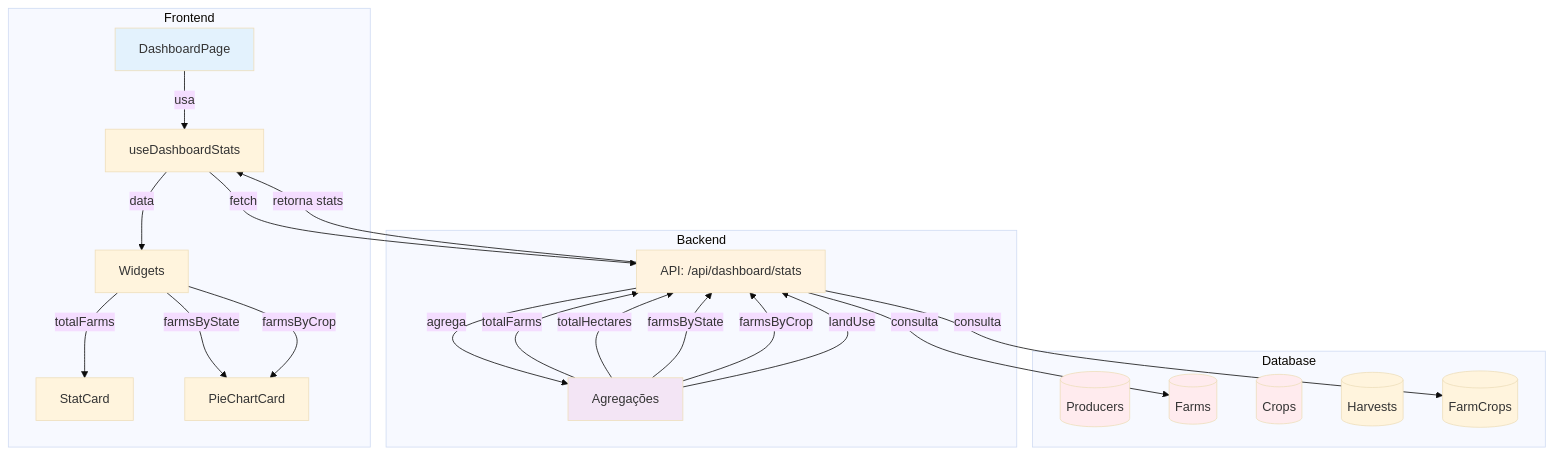
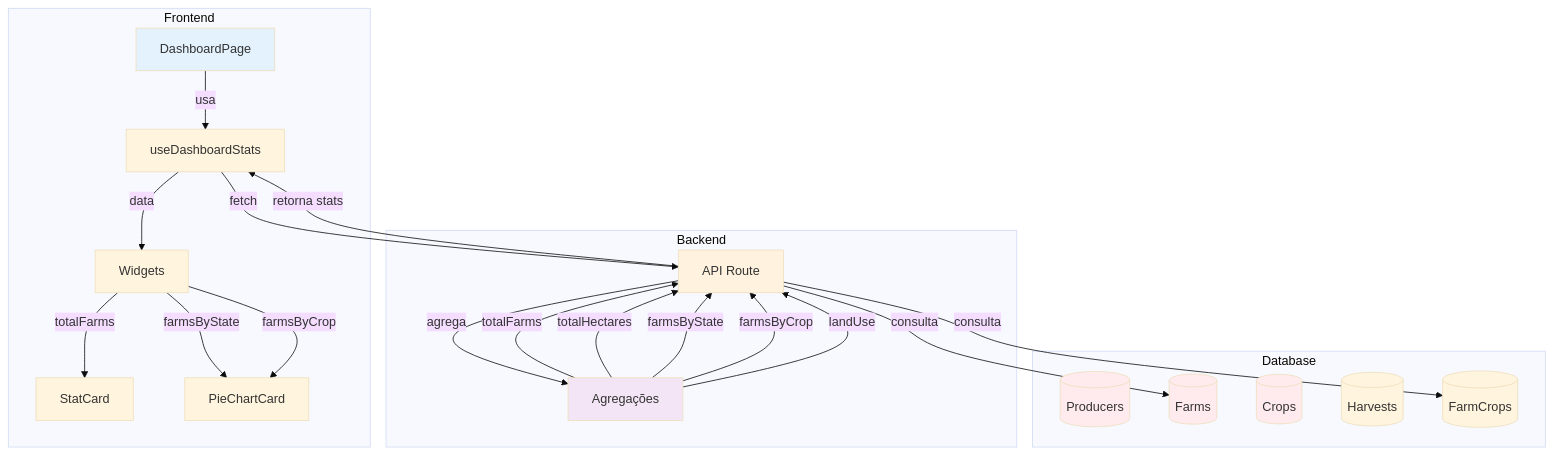
The fifth of 14 diagrams in docs/diagrams.md (Fioravante1/brain-agriculture), drawn with Mermaid (base theme) before and after one commit. The commit also changed other lines of this file, not shown here.

First line of the commit message:
refactor(docs): atualiza formatação de diagramas no markdown

````diff
--- a/docs/diagrams.md
+++ b/docs/diagrams.md
@@ -262,50 +249,50 @@
 ```mermaid
 graph TB
     subgraph "Frontend"
         DASH[DashboardPage]
         HOOK[useDashboardStats]
         WIDGETS[Widgets]
         STAT[StatCard]
         PIE[PieChartCard]
     end
 
     subgraph "Backend"
-        API["API: /api/dashboard/stats"]
-        AGG["Agregações"]
+        API[API Route]
+        AGG[Agregações]
     end
 
     subgraph "Database"
         PROD[(Producers)]
         FARM[(Farms)]
         CROP[(Crops)]
         HARV[(Harvests)]
         FC[(FarmCrops)]
     end
 
     DASH -->|usa| HOOK
     HOOK -->|fetch| API
 
     API -->|consulta| FARM
     API -->|consulta| FC
 
     API -->|agrega| AGG
     AGG -->|totalFarms| API
     AGG -->|totalHectares| API
     AGG -->|farmsByState| API
     AGG -->|farmsByCrop| API
     AGG -->|landUse| API
 
     API -->|retorna stats| HOOK
 
     HOOK -->|data| WIDGETS
     WIDGETS -->|totalFarms| STAT
     WIDGETS -->|farmsByState| PIE
     WIDGETS -->|farmsByCrop| PIE
 
     style DASH fill:#e3f2fd
     style API fill:#fff3e0
     style AGG fill:#f3e5f5
     style PROD fill:#ffebee
     style FARM fill:#ffebee
     style CROP fill:#ffebee
 ```
````
